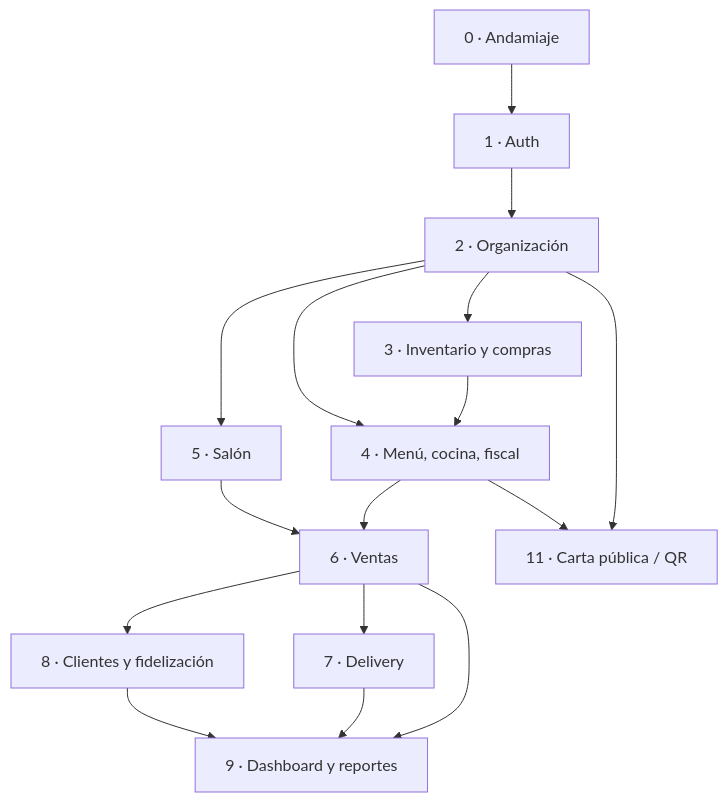
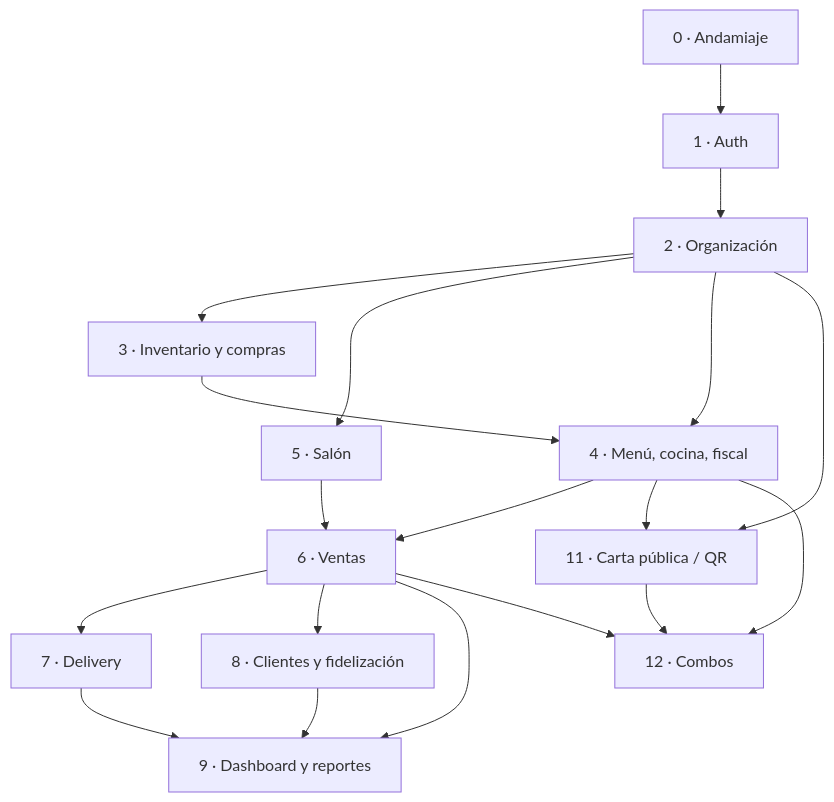
One commit to jonasmz/restoManager changed the diagram in docs/roadmap.md. Above: the diagram before and after it, drawn with Mermaid. The commit also changed other lines of this file and 1 other file, not shown here.

First line of the commit message:
docs(roadmap): especificación de la Fase 12 — Combos (#43)

````diff
--- a/docs/roadmap.md
+++ b/docs/roadmap.md
@@ -46,18 +47,21 @@
 ```mermaid
 flowchart TD
     F0[0 · Andamiaje] --> F1[1 · Auth]
     F1 --> F2[2 · Organización]
     F2 --> F3[3 · Inventario y compras]
     F2 --> F5[5 · Salón]
     F3 --> F4[4 · Menú, cocina, fiscal]
     F2 --> F4
     F4 --> F6[6 · Ventas]
     F5 --> F6
     F6 --> F7[7 · Delivery]
     F6 --> F8[8 · Clientes y fidelización]
     F6 --> F9[9 · Dashboard y reportes]
     F7 --> F9
     F8 --> F9
     F2 --> F11[11 · Carta pública / QR]
     F4 --> F11
+    F4 --> F12[12 · Combos]
+    F6 --> F12
+    F11 --> F12
 ```
````
